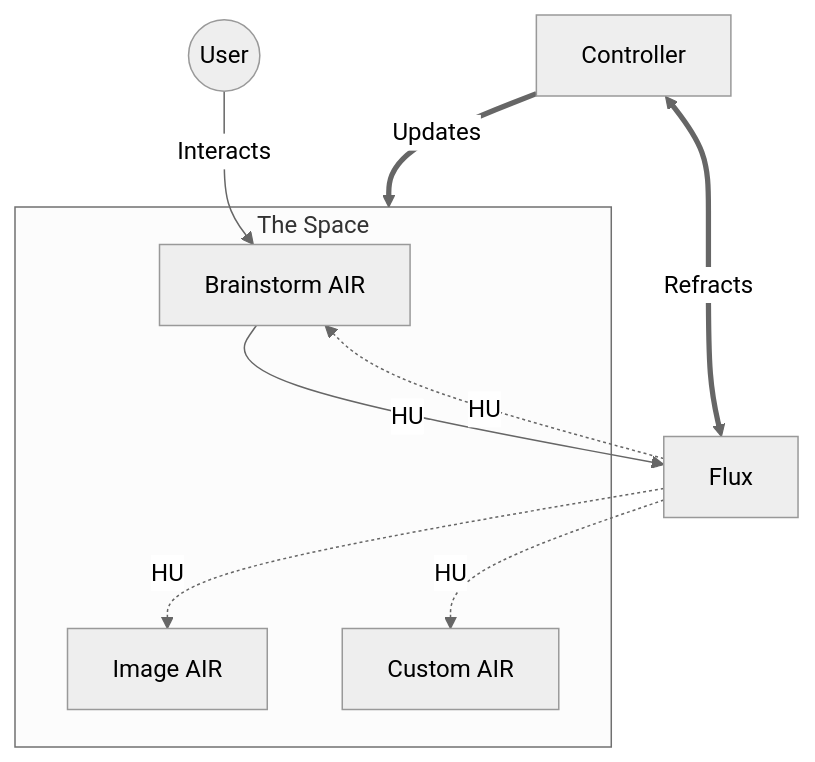
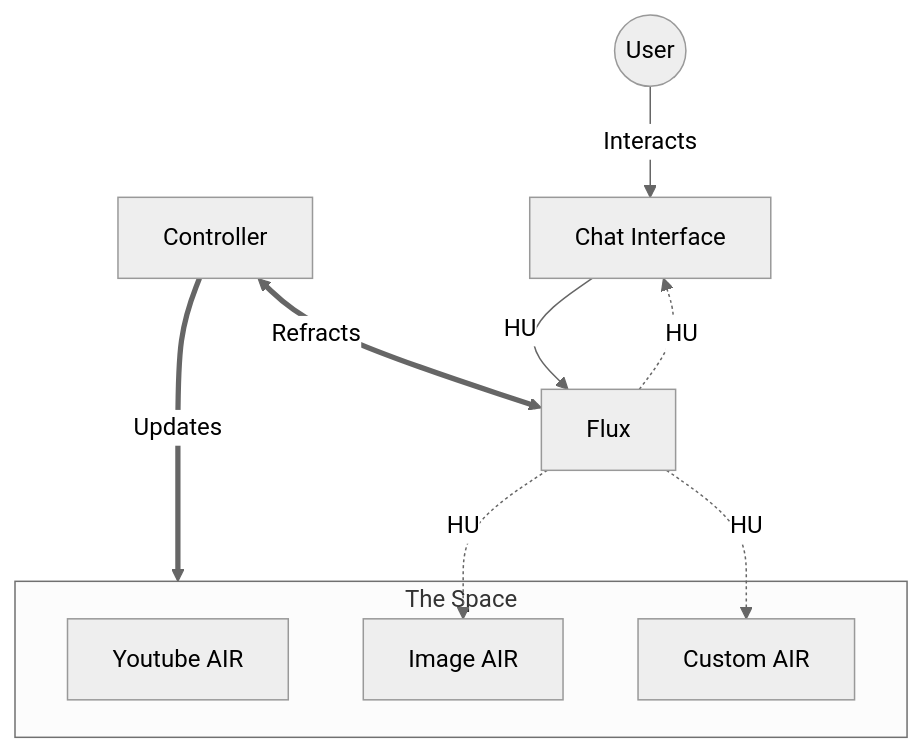
Before and after one commit to bahadiri/Aura: the diagram in documents/Architecture.md, drawn with Mermaid (neutral theme). The commit also changed other lines of this file and 7 other files, not shown here.

````diff
--- a/documents/Architecture.md
+++ b/documents/Architecture.md
@@ -11,21 +13,21 @@
 ```mermaid
 graph TD
-    User((User)) -->|Interacts| AUR1[Brainstorm AIR]
+    User((User)) -->|Interacts| Chat[Chat Interface]
     
     Controller[Controller]
     Flux[Flux]
     
     Controller <==>|Refracts| Flux
     Controller ==>|Updates| Space
 
     subgraph Space ["The Space"]
-        AUR1
+        AUR1[Youtube AIR]
         AUR2[Image AIR]
         AUR3[Custom AIR]
     end
 
-    AUR1 -->|"HU"| Flux
+    Chat -->|"HU"| Flux
     Flux -.->|"HU"| AUR2
     Flux -.->|"HU"| AUR3
-    Flux -.->|"HU"| AUR1
+    Flux -.->|"HU"| Chat
 ```
````
